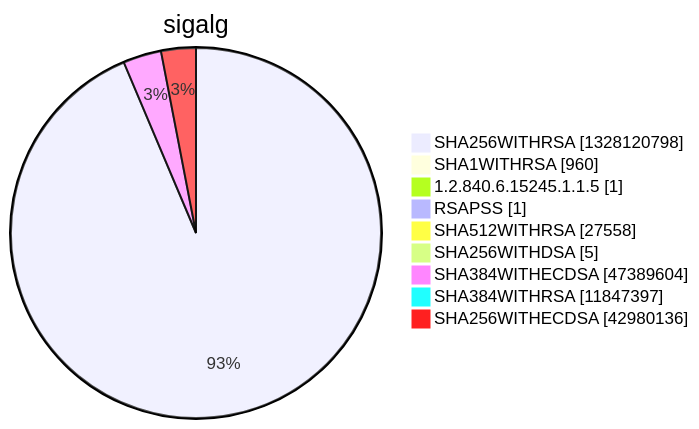
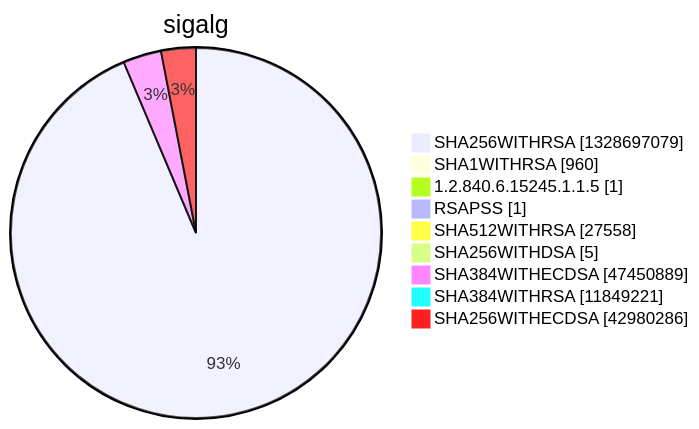
Before and after one commit to christiankrug/ctmonitor_visualization: diagram 15 of 15 in argon2022/README.md, drawn with Mermaid. The commit also changed other lines of this file, not shown here.

````diff
--- a/argon2022/README.md
+++ b/argon2022/README.md
@@ -5524,13 +5524,13 @@
 ```mermaid
 pie showData
 title sigalg
-"SHA256WITHRSA" :1328120798
+"SHA256WITHRSA" :1328697079
 "SHA1WITHRSA" :960
 "1.2.840.6.15245.1.1.5" :1
 "RSAPSS" :1
 "SHA512WITHRSA" :27558
 "SHA256WITHDSA" :5
-"SHA384WITHECDSA" :47389604
-"SHA384WITHRSA" :11847397
-"SHA256WITHECDSA" :42980136
+"SHA384WITHECDSA" :47450889
+"SHA384WITHRSA" :11849221
+"SHA256WITHECDSA" :42980286
 ```
````
